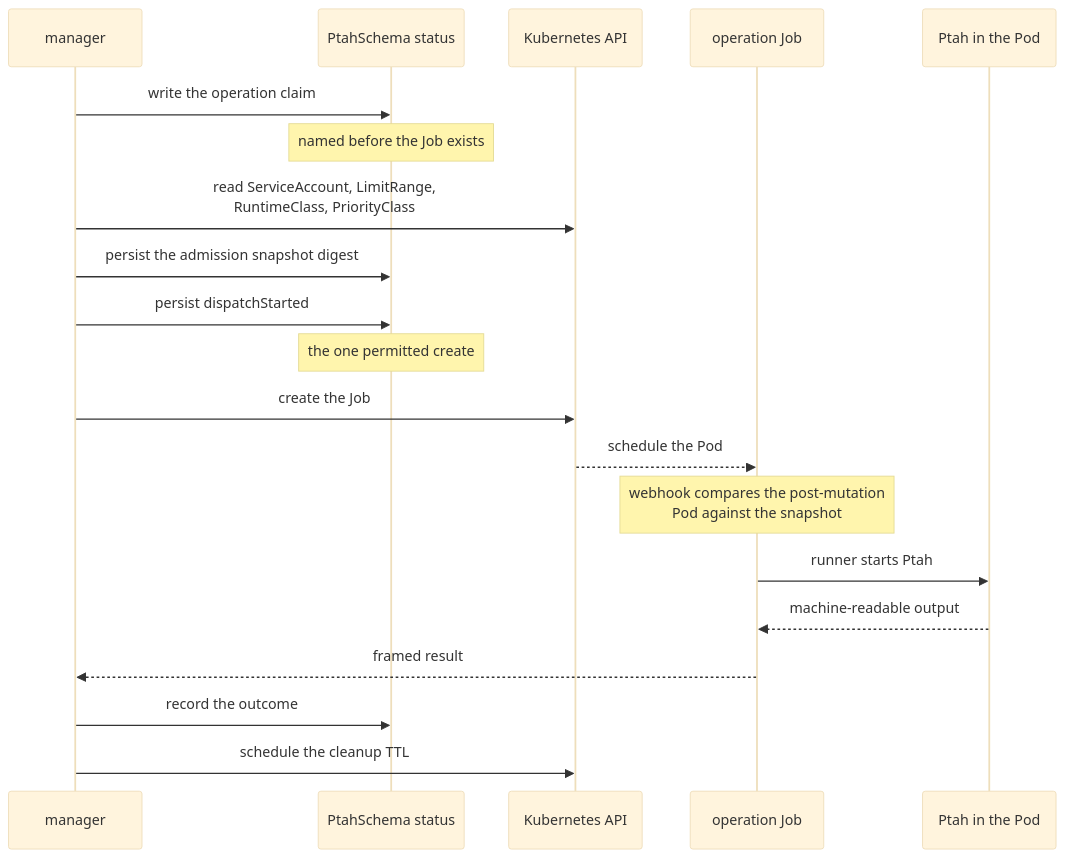
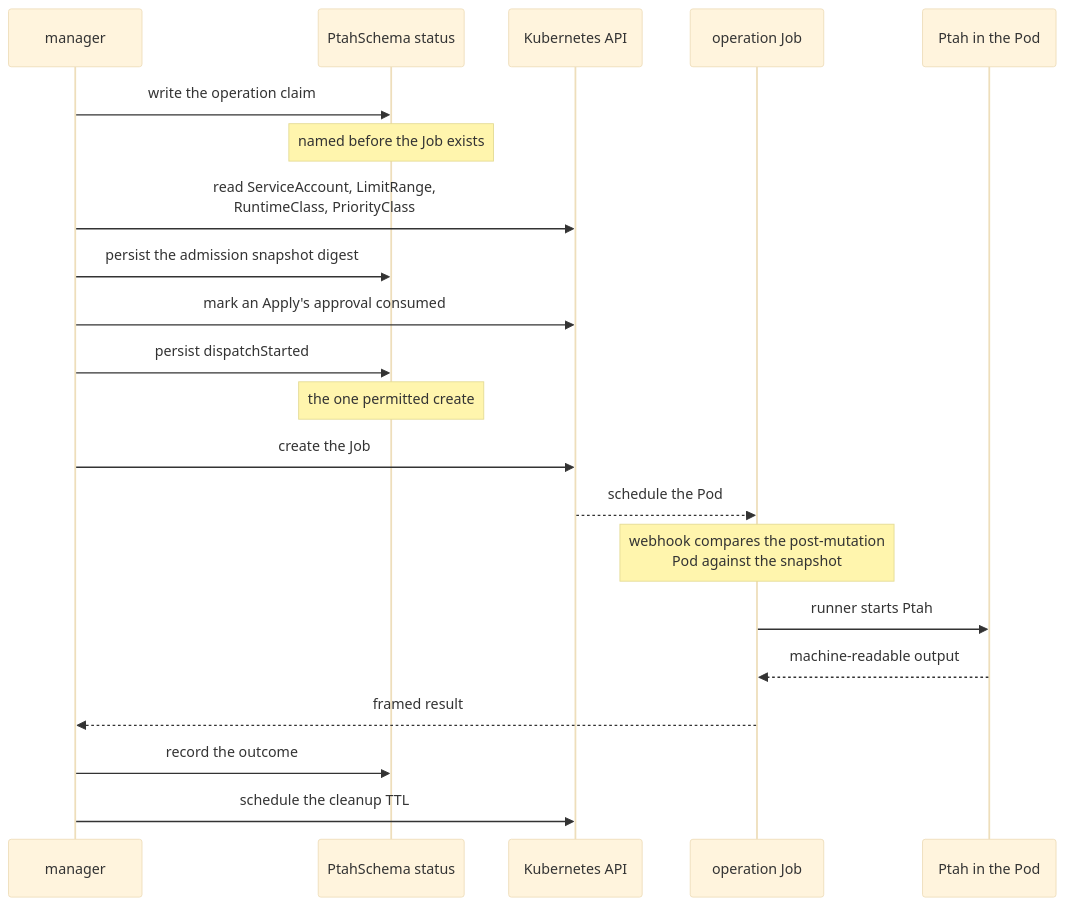
Before and after one commit to stokaro/ptah-operator: the diagram in docs/site/src/content/docs/reference/execution.md, drawn with Mermaid (base theme). The commit also changed 11 other files, not shown here.

````diff
--- a/docs/site/src/content/docs/reference/execution.md
+++ b/docs/site/src/content/docs/reference/execution.md
@@ -14,23 +14,24 @@
 ```mermaid
 sequenceDiagram
   participant C as manager
   participant S as PtahSchema status
   participant K as Kubernetes API
   participant J as operation Job
   participant P as Ptah in the Pod
 
   C->>S: write the operation claim
   Note over S: named before the Job exists
   C->>K: read ServiceAccount, LimitRange,<br/>RuntimeClass, PriorityClass
   C->>S: persist the admission snapshot digest
+  C->>K: mark an Apply's approval consumed
   C->>S: persist dispatchStarted
   Note over S: the one permitted create
   C->>K: create the Job
   K-->>J: schedule the Pod
   Note over J: webhook compares the post-mutation<br/>Pod against the snapshot
   J->>P: runner starts Ptah
   P-->>J: machine-readable output
   J-->>C: framed result
   C->>S: record the outcome
   C->>K: schedule the cleanup TTL
 ```
````
